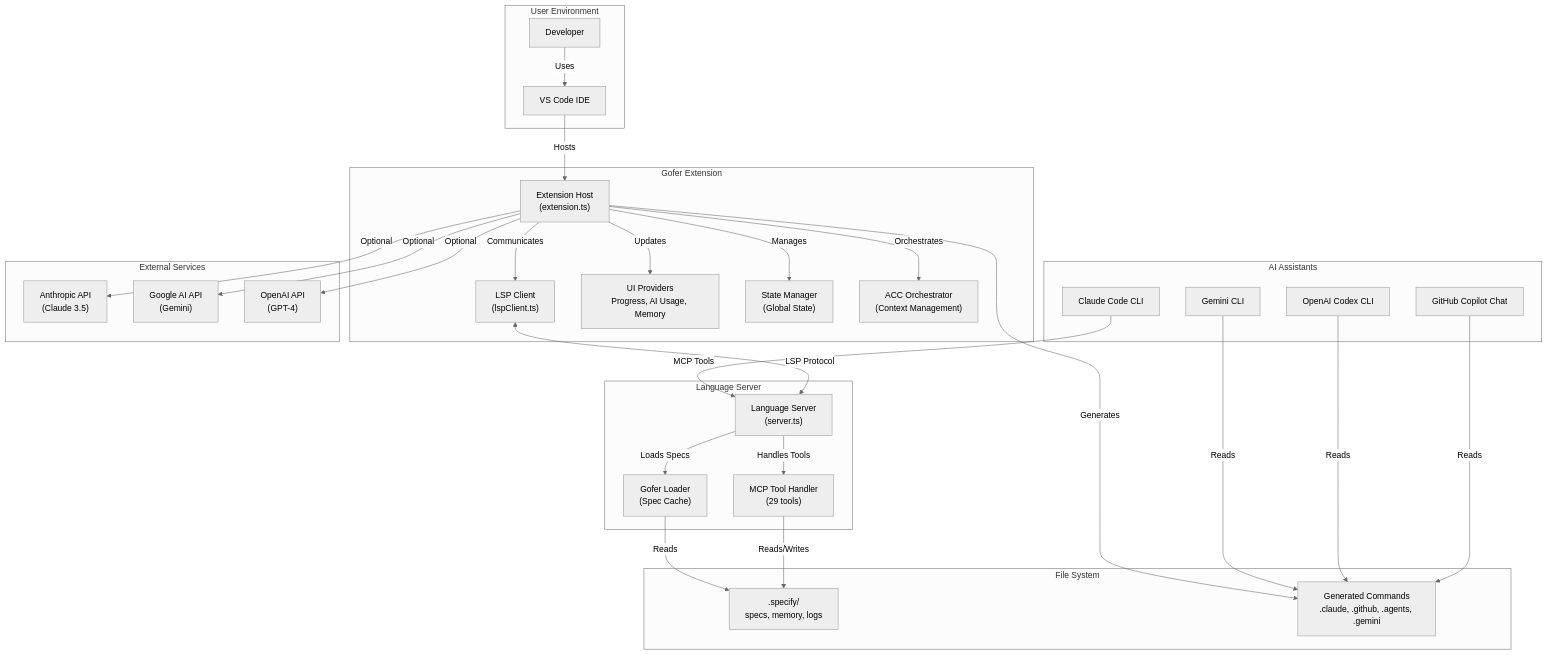
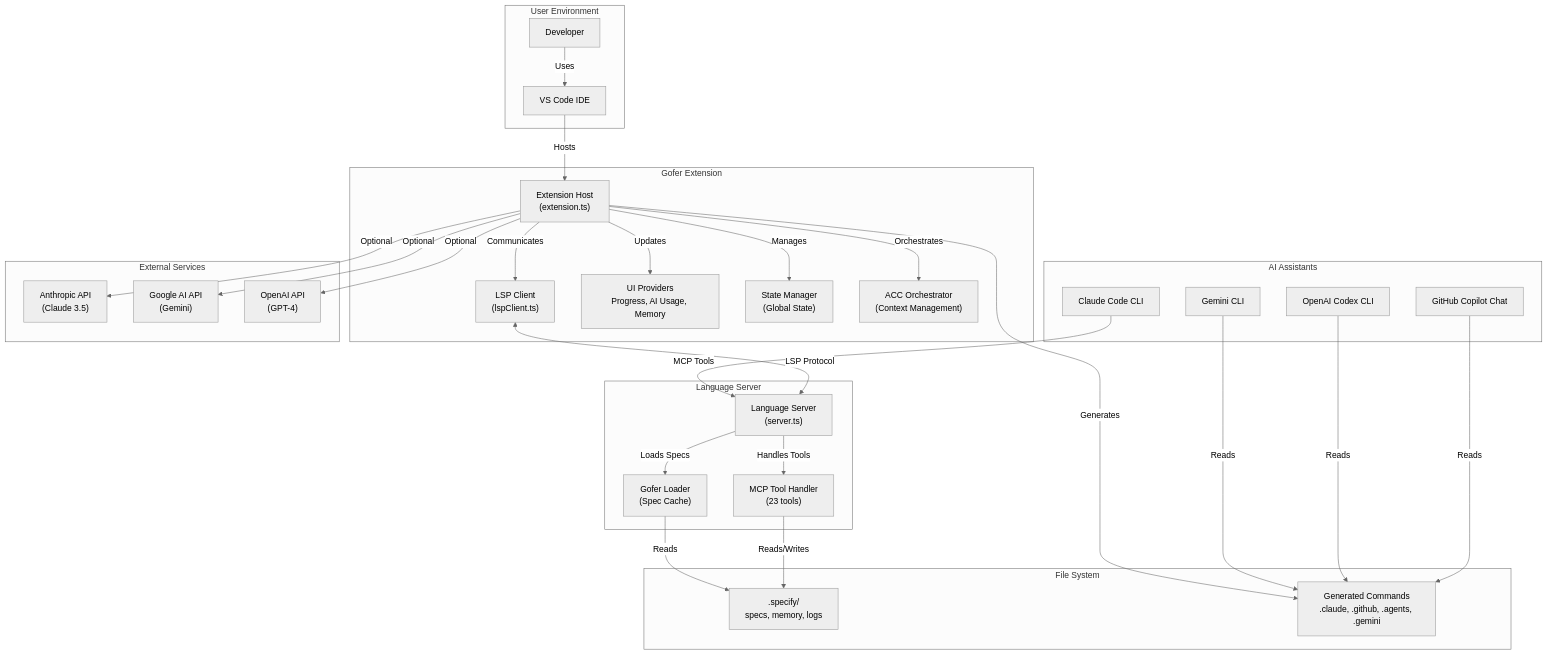
The first of 6 diagrams in .tech-docs/architecture.md (eai-tools/eai-gofer), drawn with Mermaid (neutral theme) before and after one commit. The commit also changed other lines of this file and 11 other files, not shown here.

````diff
--- a/.tech-docs/architecture.md
+++ b/.tech-docs/architecture.md
@@ -14,62 +14,62 @@
 ```mermaid
 flowchart TB
     subgraph "User Environment"
         VSCode["VS Code IDE"]
         User["Developer"]
     end
 
     subgraph "Gofer Extension"
         ExtHost["Extension Host<br/>(extension.ts)"]
         LSPClient["LSP Client<br/>(lspClient.ts)"]
         UI["UI Providers<br/>Progress, AI Usage, Memory"]
         StateManager["State Manager<br/>(Global State)"]
         ACCOrch["ACC Orchestrator<br/>(Context Management)"]
     end
 
     subgraph "Language Server"
         LSPServer["Language Server<br/>(server.ts)"]
-        MCPHandler["MCP Tool Handler<br/>(29 tools)"]
+        MCPHandler["MCP Tool Handler<br/>(23 tools)"]
         GoferLoader["Gofer Loader<br/>(Spec Cache)"]
     end
 
     subgraph "AI Assistants"
         Claude["Claude Code CLI"]
         Copilot["GitHub Copilot Chat"]
         Codex["OpenAI Codex CLI"]
         Gemini["Gemini CLI"]
     end
 
     subgraph "File System"
         Specify[".specify/<br/>specs, memory, logs"]
         Generated["Generated Commands<br/>.claude, .github, .agents, .gemini"]
     end
 
     subgraph "External Services"
         AnthropicAPI["Anthropic API<br/>(Claude 3.5)"]
         GoogleAPI["Google AI API<br/>(Gemini)"]
         OpenAIAPI["OpenAI API<br/>(GPT-4)"]
     end
 
     User -->|Uses| VSCode
     VSCode -->|Hosts| ExtHost
     ExtHost -->|Communicates| LSPClient
     LSPClient <-->|LSP Protocol| LSPServer
     ExtHost -->|Updates| UI
     ExtHost -->|Manages| StateManager
     ExtHost -->|Orchestrates| ACCOrch
     
     LSPServer -->|Handles Tools| MCPHandler
     LSPServer -->|Loads Specs| GoferLoader
     MCPHandler -->|Reads/Writes| Specify
     GoferLoader -->|Reads| Specify
     
     Claude -->|MCP Tools| LSPServer
     Copilot -->|Reads| Generated
     Codex -->|Reads| Generated
     Gemini -->|Reads| Generated
     
     ExtHost -->|Generates| Generated
     ExtHost -->|Optional| AnthropicAPI
     ExtHost -->|Optional| GoogleAPI
     ExtHost -->|Optional| OpenAIAPI
 ```
````
